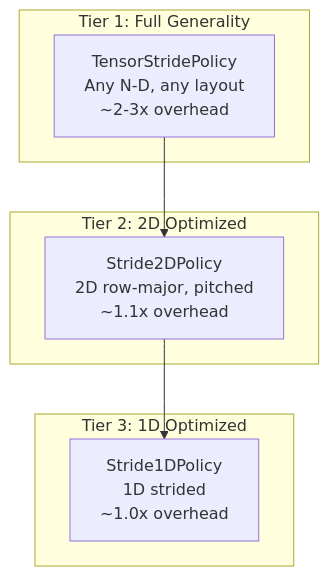
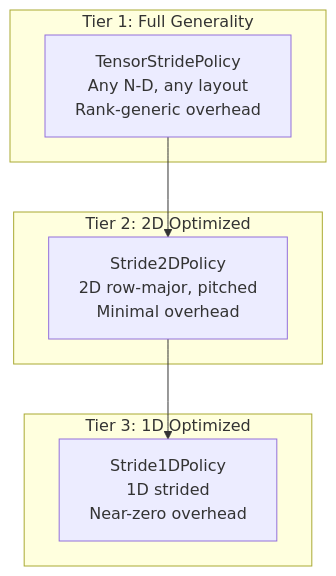
The first of 2 diagrams in components/Tensor/docs/Overview - TensorStridePolicy.md (schroedermatthew/FatP), drawn with Mermaid before and after one commit. The commit also changed other lines of this file and 18 other files, not shown here.

````diff
--- a/components/Tensor/docs/Overview - TensorStridePolicy.md
+++ b/components/Tensor/docs/Overview - TensorStridePolicy.md
@@ -99,16 +99,16 @@
 ```mermaid
 flowchart TB
     subgraph Tier1["Tier 1: Full Generality"]
-        T1["TensorStridePolicy<br/>Any N-D, any layout<br/>~2-3x overhead"]
+        T1["TensorStridePolicy<br/>Any N-D, any layout<br/>Rank-generic overhead"]
     end
     
     subgraph Tier2["Tier 2: 2D Optimized"]
-        T2["Stride2DPolicy<br/>2D row-major, pitched<br/>~1.1x overhead"]
+        T2["Stride2DPolicy<br/>2D row-major, pitched<br/>Minimal overhead"]
     end
     
     subgraph Tier3["Tier 3: 1D Optimized"]
-        T3["Stride1DPolicy<br/>1D strided<br/>~1.0x overhead"]
+        T3["Stride1DPolicy<br/>1D strided<br/>Near-zero overhead"]
     end
     
     T1 --> T2 --> T3
 ```
````
